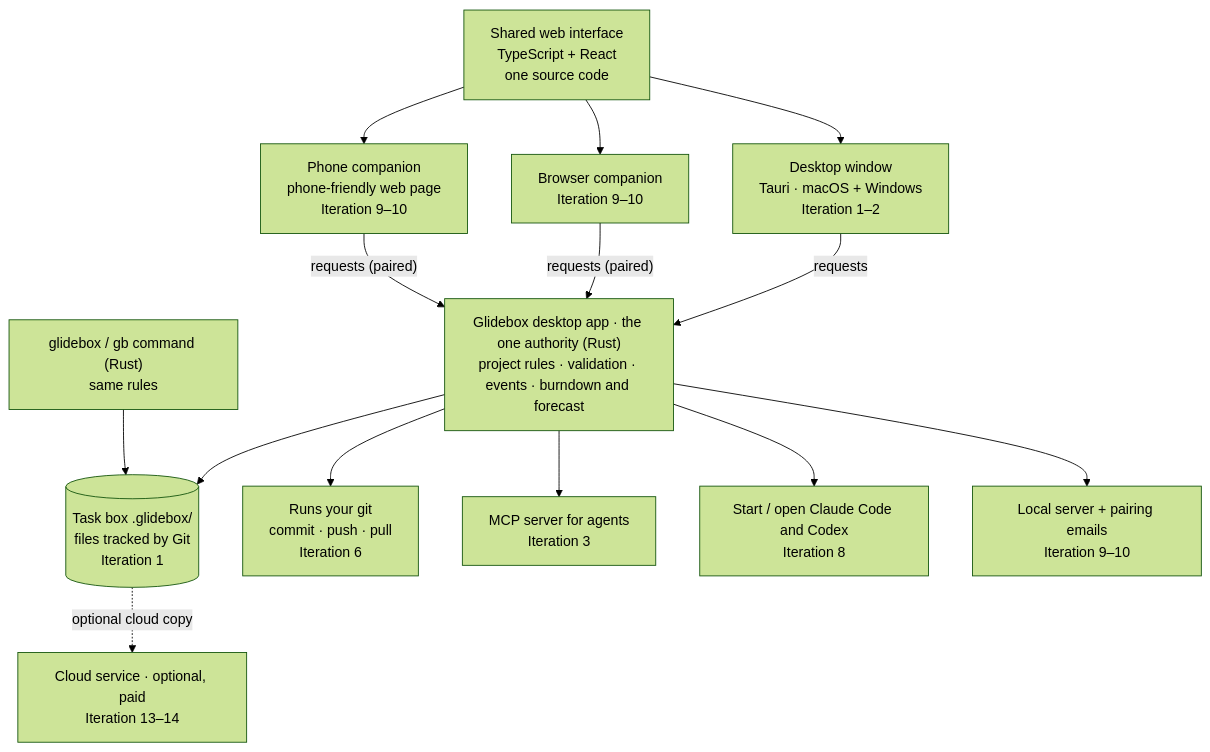
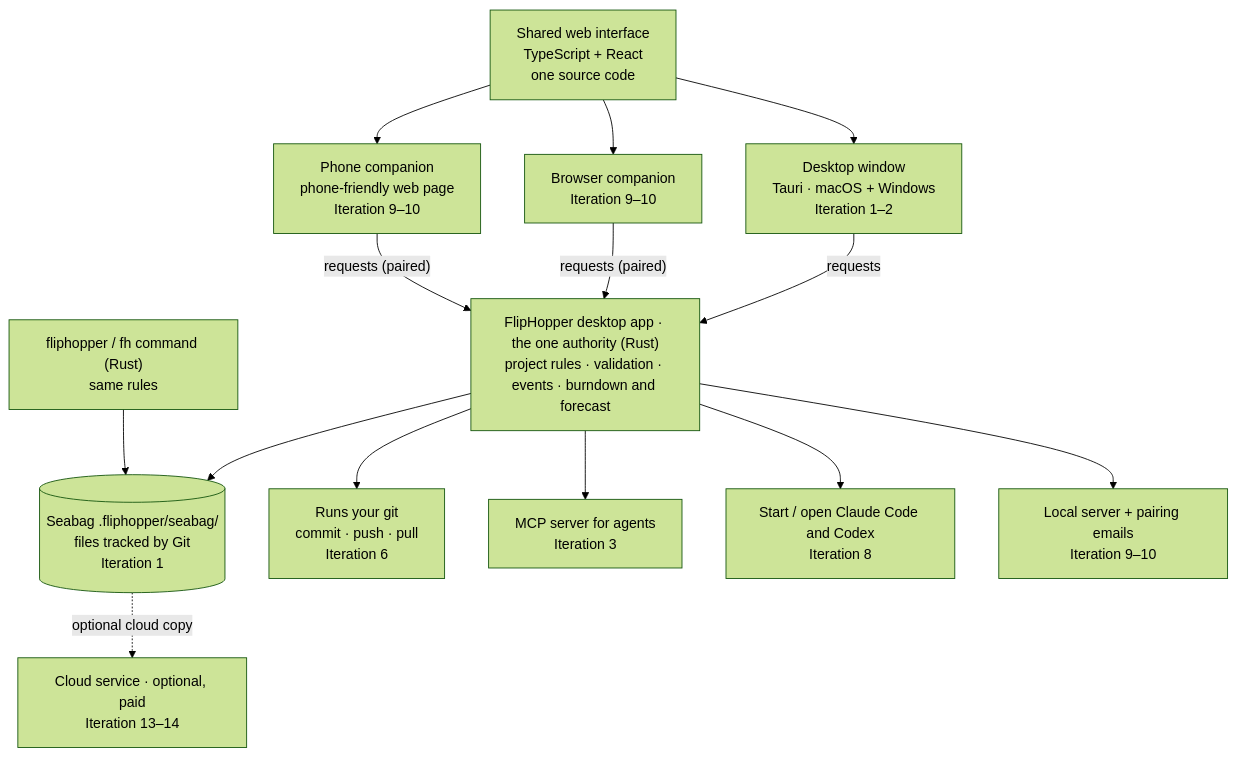
One commit to allomos/allomos changed the diagram in docs/product/PLAN.md. Above: the diagram before and after it, drawn with Mermaid (forest theme). The commit also changed other lines of this file and 41 other files, not shown here.

First line of the commit message:
A00-17 step 4: rename the documents to FlipHopper; decision 0013

````diff
--- a/docs/product/PLAN.md
+++ b/docs/product/PLAN.md
@@ -109,18 +109,18 @@
 ```mermaid
 flowchart TD
     UI["Shared web interface<br/>TypeScript + React<br/>one source code"]
     UI --> DW["Desktop window<br/>Tauri · macOS + Windows<br/>Iteration 1–2"]
     UI --> BC["Browser companion<br/>Iteration 9–10"]
     UI --> PC["Phone companion<br/>phone-friendly web page<br/>Iteration 9–10"]
     DW -- requests --> HUB
     BC -- "requests (paired)" --> HUB
     PC -- "requests (paired)" --> HUB
-    HUB["Glidebox desktop app · the one authority (Rust)<br/>project rules · validation · events · burndown and forecast"]
-    HUB --> TB[("Task box .glidebox/<br/>files tracked by Git<br/>Iteration 1")]
+    HUB["FlipHopper desktop app · the one authority (Rust)<br/>project rules · validation · events · burndown and forecast"]
+    HUB --> TB[("Seabag .fliphopper/seabag/<br/>files tracked by Git<br/>Iteration 1")]
     HUB --> GIT["Runs your git<br/>commit · push · pull<br/>Iteration 6"]
     HUB --> MCP["MCP server for agents<br/>Iteration 3"]
     HUB --> RUN["Start / open Claude Code and Codex<br/>Iteration 8"]
     HUB --> SRV["Local server + pairing emails<br/>Iteration 9–10"]
-    CLI["glidebox / gb command (Rust)<br/>same rules"] --> TB
+    CLI["fliphopper / fh command (Rust)<br/>same rules"] --> TB
     TB -. "optional cloud copy" .-> CLOUD["Cloud service · optional, paid<br/>Iteration 13–14"]
 ```
````
